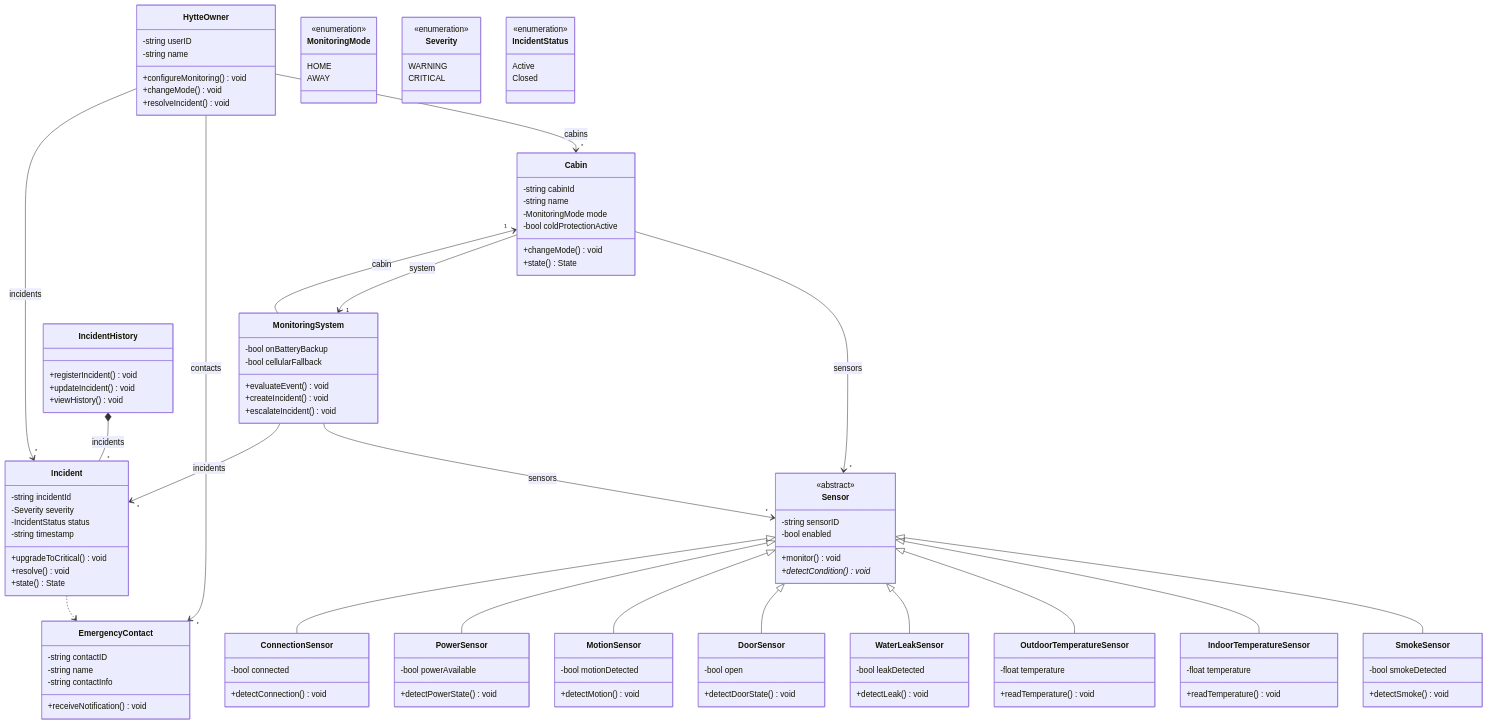
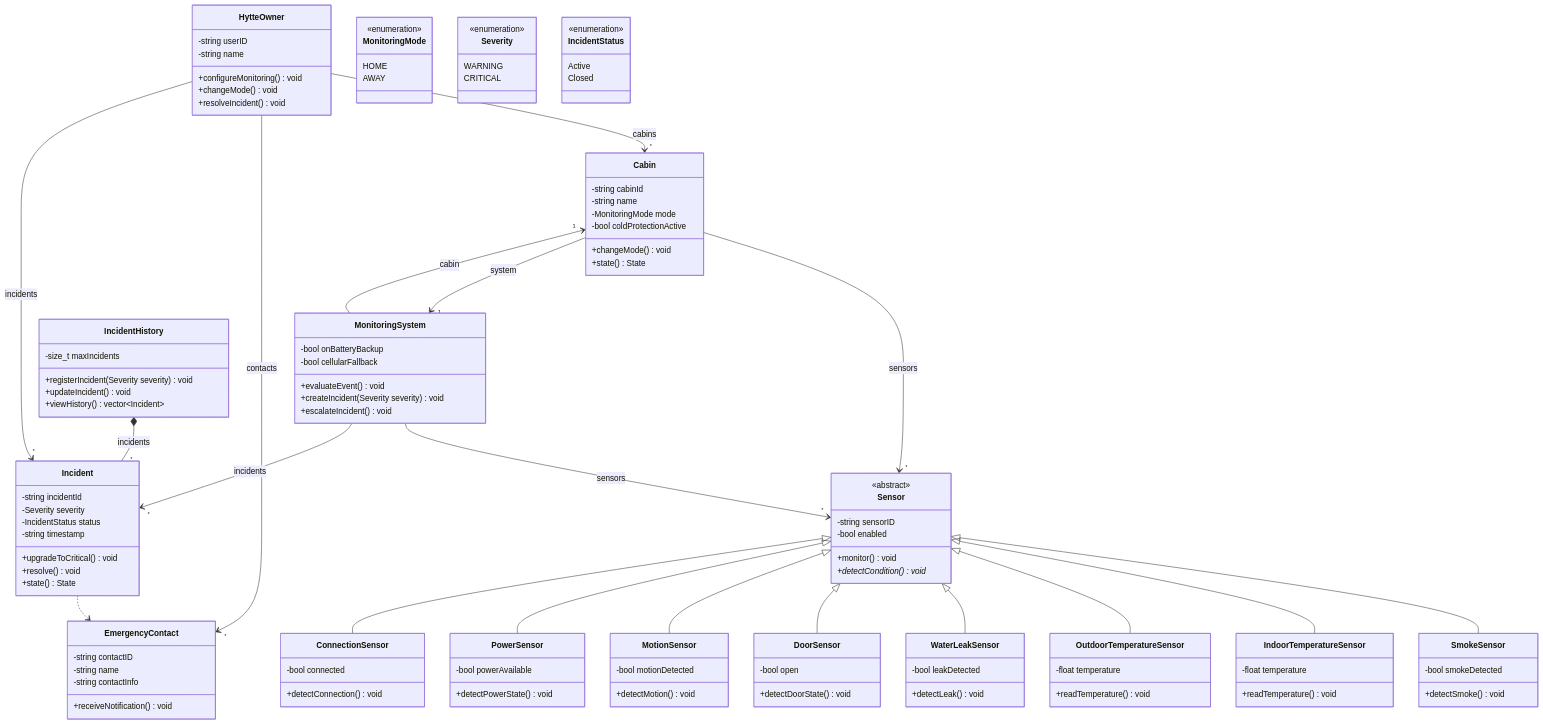
One commit to hytte-monitoring/hytte-monitoring.github.io changed the diagram in project/diagrams/conversion/class.mmd. Above: the diagram before and after it, drawn with Mermaid. The commit also changed 19 other files, not shown here.

Commit message:
Add Incident severity, viewHistory and a history limit

```diff
--- a/project/diagrams/conversion/class.mmd
+++ b/project/diagrams/conversion/class.mmd
@@ -1,137 +1,138 @@
 %% Source for diagrams/input/class.drawio, converted from model/class-diagram/class-diagram.drawio.
 %% Same classes, attributes and methods as the team's diagram; see README.md for every change.
 classDiagram
     direction TB
 
     class HytteOwner {
         -string userID
         -string name
         +configureMonitoring() void
         +changeMode() void
         +resolveIncident() void
     }
 
     class Cabin {
         -string cabinId
         -string name
         -MonitoringMode mode
         -bool coldProtectionActive
         +changeMode() void
         +state() State
     }
 
     class MonitoringSystem {
         -bool onBatteryBackup
         -bool cellularFallback
         +evaluateEvent() void
-        +createIncident() void
+        +createIncident(Severity severity) void
         +escalateIncident() void
     }
 
     class Sensor {
         <<abstract>>
         -string sensorID
         -bool enabled
         +monitor() void
         +detectCondition() void*
     }
 
     class SmokeSensor {
         -bool smokeDetected
         +detectSmoke() void
     }
 
     class IndoorTemperatureSensor {
         -float temperature
         +readTemperature() void
     }
 
     class OutdoorTemperatureSensor {
         -float temperature
         +readTemperature() void
     }
 
     class WaterLeakSensor {
         -bool leakDetected
         +detectLeak() void
     }
 
     class DoorSensor {
         -bool open
         +detectDoorState() void
     }
 
     class MotionSensor {
         -bool motionDetected
         +detectMotion() void
     }
 
     class PowerSensor {
         -bool powerAvailable
         +detectPowerState() void
     }
 
     class ConnectionSensor {
         -bool connected
         +detectConnection() void
     }
 
     class Incident {
         -string incidentId
         -Severity severity
         -IncidentStatus status
         -string timestamp
         +upgradeToCritical() void
         +resolve() void
         +state() State
     }
 
     class IncidentHistory {
-        +registerIncident() void
+        -size_t maxIncidents
+        +registerIncident(Severity severity) void
         +updateIncident() void
-        +viewHistory() void
+        +viewHistory() vector~Incident~
     }
 
     class EmergencyContact {
         -string contactID
         -string name
         -string contactInfo
         +receiveNotification() void
     }
 
     class MonitoringMode {
         <<enumeration>>
         HOME
         AWAY
     }
 
     class Severity {
         <<enumeration>>
         WARNING
         CRITICAL
     }
 
     class IncidentStatus {
         <<enumeration>>
         Active
         Closed
     }
 
     Sensor <|-- SmokeSensor
     Sensor <|-- IndoorTemperatureSensor
     Sensor <|-- OutdoorTemperatureSensor
     Sensor <|-- WaterLeakSensor
     Sensor <|-- DoorSensor
     Sensor <|-- MotionSensor
     Sensor <|-- PowerSensor
     Sensor <|-- ConnectionSensor
     HytteOwner --> "*" Cabin : cabins
     HytteOwner --> "*" EmergencyContact : contacts
     HytteOwner --> "*" Incident : incidents
     Cabin --> "*" Sensor : sensors
     Cabin --> "1" MonitoringSystem : system
     MonitoringSystem --> "1" Cabin : cabin
     MonitoringSystem --> "*" Sensor : sensors
     MonitoringSystem --> "*" Incident : incidents
     IncidentHistory *-- "*" Incident : incidents
     Incident ..> EmergencyContact
```
